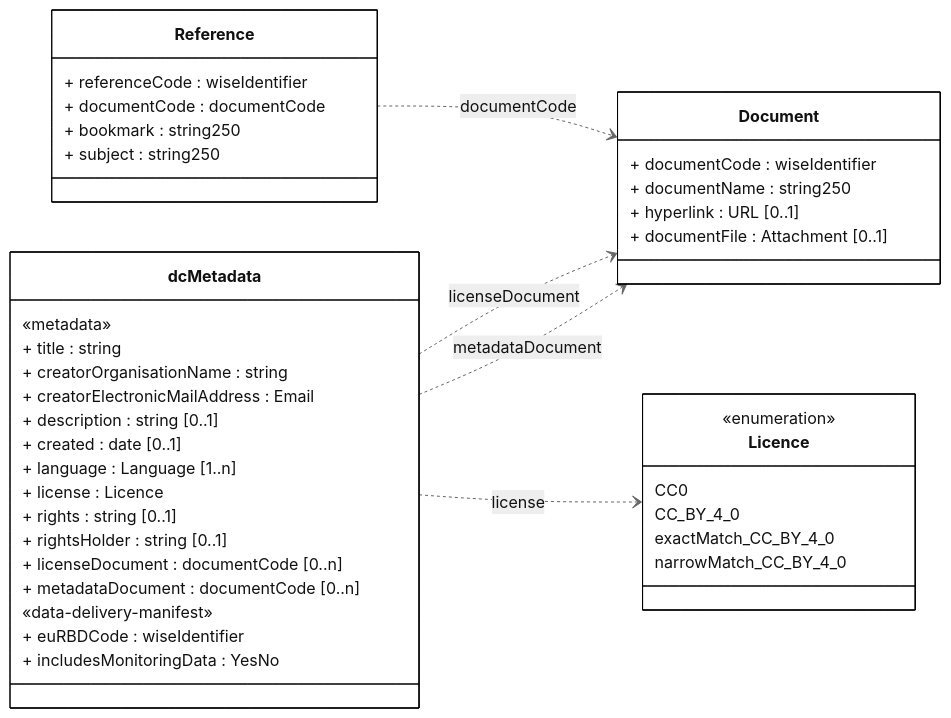
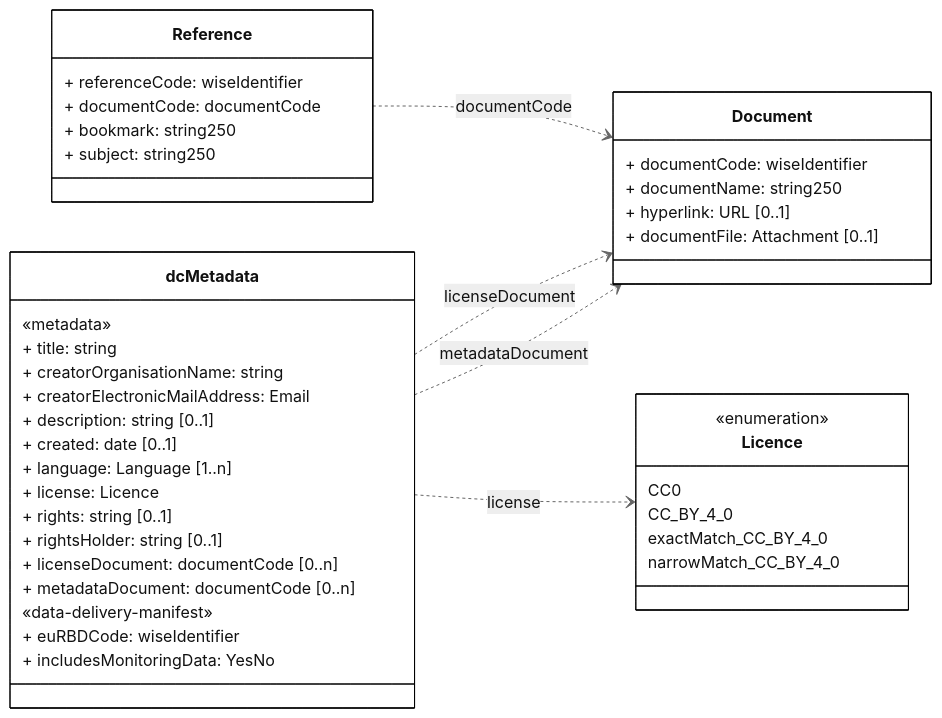
The diagram in docs/DataModelReview/mmd/GroundWaterMethodologies_4thCycle_Documents_ClassDiagram.mmd (eeadata/WISE.WFD.Documentation), drawn with Mermaid before and after one commit. The commit also changed 49 other files, not shown here.

```diff
--- a/docs/DataModelReview/mmd/GroundWaterMethodologies_4thCycle_Documents_ClassDiagram.mmd
+++ b/docs/DataModelReview/mmd/GroundWaterMethodologies_4thCycle_Documents_ClassDiagram.mmd
@@ -1,58 +1,58 @@
 ---
 config:
   class:
     hideEmptyMembersBox: true
   layout: dagre
   theme: neutral
 ---
 classDiagram
 direction LR
 
 class dcMetadata {
 
 «metadata»
-+ title : string
-+ creatorOrganisationName : string
-+ creatorElectronicMailAddress : Email
-+ description : string [0..1]
-+ created : date [0..1]
-+ language : Language [1..n]
-+ license : Licence
-+ rights : string [0..1]
-+ rightsHolder : string [0..1]
-+ licenseDocument : documentCode [0..n]
-+ metadataDocument : documentCode [0..n]
++ title: string
++ creatorOrganisationName: string
++ creatorElectronicMailAddress: Email
++ description: string [0..1]
++ created: date [0..1]
++ language: Language [1..n]
++ license: Licence
++ rights: string [0..1]
++ rightsHolder: string [0..1]
++ licenseDocument: documentCode [0..n]
++ metadataDocument: documentCode [0..n]
 
 «data-delivery-manifest»
-+ euRBDCode : wiseIdentifier
-+ includesMonitoringData : YesNo
++ euRBDCode: wiseIdentifier
++ includesMonitoringData: YesNo
 }
 
 class Reference {
-  + referenceCode : wiseIdentifier
-  + documentCode : documentCode
-  + bookmark : string250
-  + subject : string250 
+  + referenceCode: wiseIdentifier
+  + documentCode: documentCode
+  + bookmark: string250
+  + subject: string250 
 }
 
 class Document {
-+ documentCode : wiseIdentifier
-+ documentName : string250
-+ hyperlink : URL [0..1]
-+ documentFile : Attachment [0..1]
++ documentCode: wiseIdentifier
++ documentName: string250
++ hyperlink: URL [0..1]
++ documentFile: Attachment [0..1]
 }
 
 class Licence{
   <<enumeration>>
   CC0
   CC_BY_4_0
   exactMatch_CC_BY_4_0
   narrowMatch_CC_BY_4_0
 }
 
-Reference  ..> Document : documentCode
-dcMetadata ..> Document : licenseDocument
-dcMetadata ..> Document : metadataDocument
-dcMetadata ..> Licence : license
+Reference  ..> Document: documentCode
+dcMetadata ..> Document: licenseDocument
+dcMetadata ..> Document: metadataDocument
+dcMetadata ..> Licence: license
 classDef default fill:white,stroke:#000;
 classDef forFixing fill:white,stroke:#f00;
```
